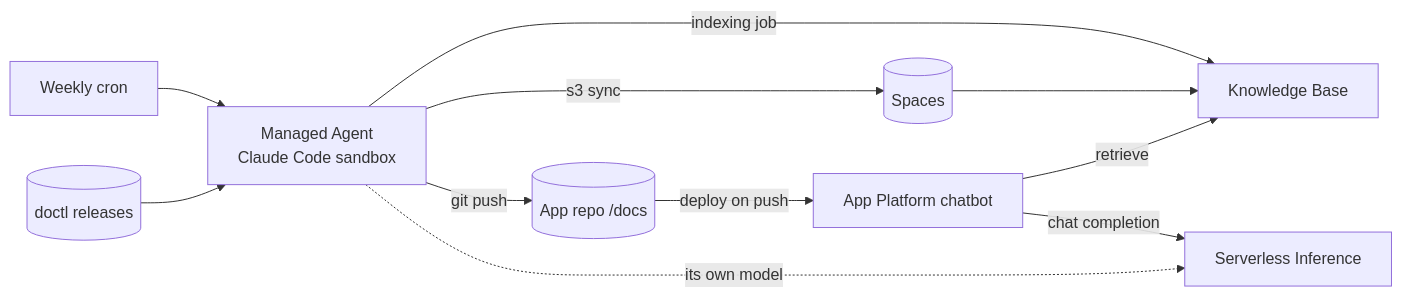
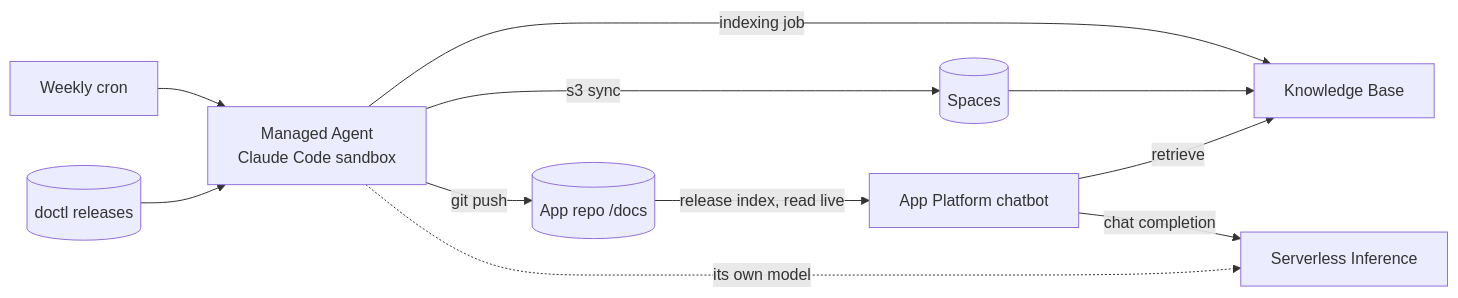
One commit to hgonzalez-do/managed-agents-kb-curator-demo changed the diagram in README.md. Above: the diagram before and after it, drawn with Mermaid. The commit also changed other lines of this file and 5 other files, not shown here.

Commit message:
Cleanup: drop unused do_api_yaml and gh requirement; fix stale deploy-on-push references; new architecture and folder diagrams

````diff
--- a/README.md
+++ b/README.md
@@ -66,13 +66,13 @@
 ```mermaid
 flowchart LR
   CRON[Weekly cron] --> AGENT[Managed Agent<br/>Claude Code sandbox]
   SRC[(doctl releases)] --> AGENT
   AGENT -->|git push| REPO[(App repo /docs)]
   AGENT -->|s3 sync| SPACES[(Spaces)]
   AGENT -->|indexing job| KB[Knowledge Base]
   SPACES --> KB
-  REPO -->|deploy on push| APP[App Platform chatbot]
+  REPO -->|release index, read live| APP[App Platform chatbot]
   APP -->|retrieve| KB
   APP -->|chat completion| SI[Serverless Inference]
   AGENT -.->|its own model| SI
 ```
````
